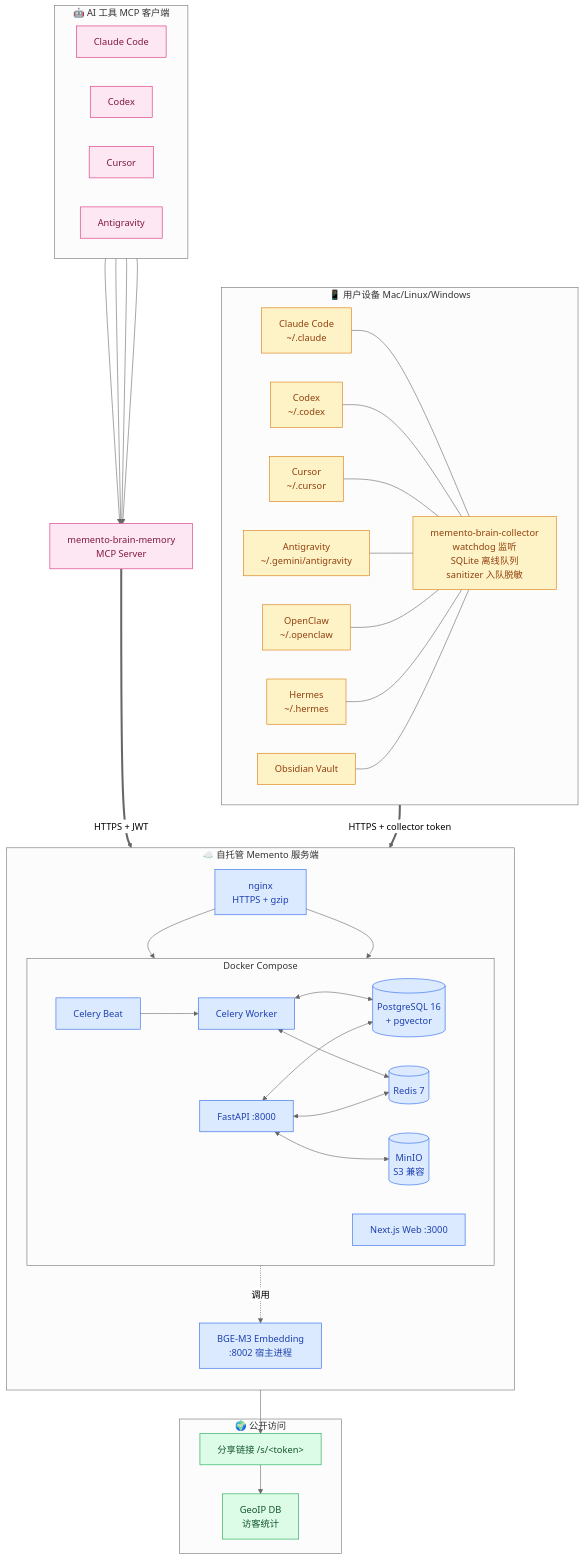
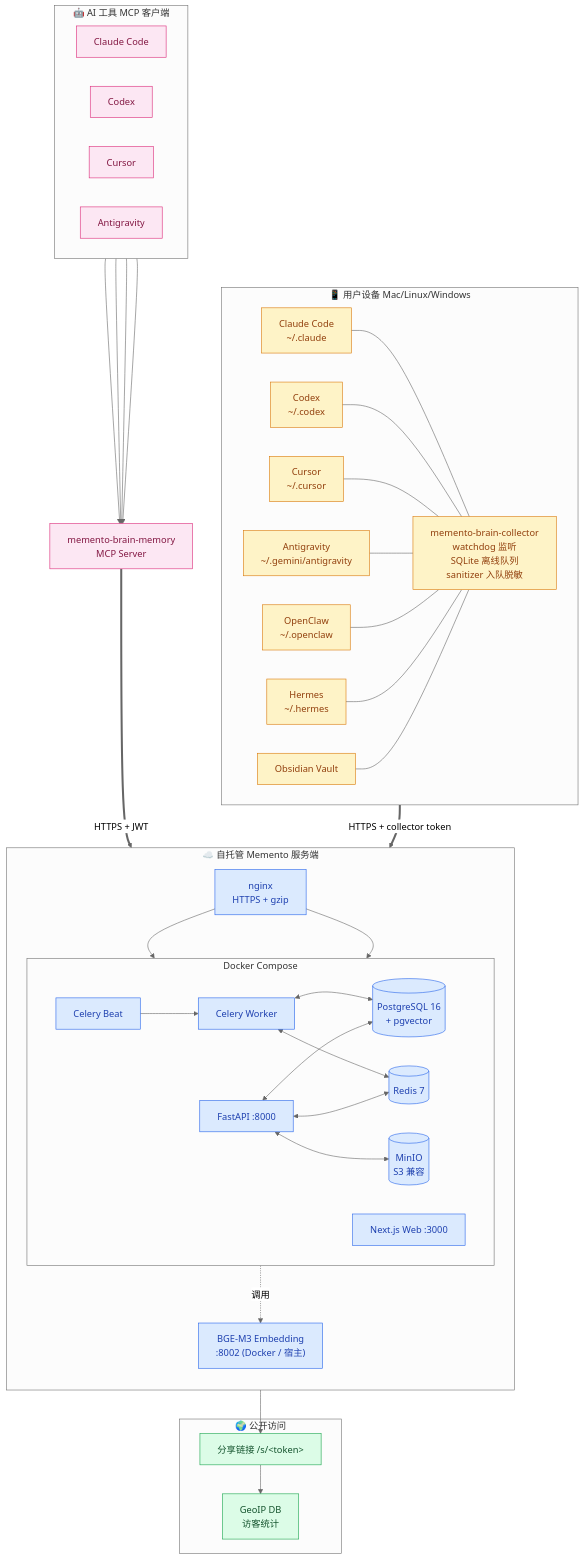
Before and after one commit to crashbandicode/memento: the first of 2 diagrams in README.md, drawn with Mermaid (neutral theme). The commit also changed other lines of this file and 6 other files, not shown here.

First line of the commit message:
feat(embedding): Docker 默认安装,告别宿主 venv 一连串失败点

````diff
--- a/README.md
+++ b/README.md
@@ -39,82 +39,82 @@
 ```mermaid
 graph TB
     subgraph DEV["📱 用户设备 Mac/Linux/Windows"]
         direction LR
         CC["Claude Code<br/>~/.claude"]
         CDX["Codex<br/>~/.codex"]
         CUR["Cursor<br/>~/.cursor"]
         AG["Antigravity<br/>~/.gemini/antigravity"]
         OC["OpenClaw<br/>~/.openclaw"]
         HM["Hermes<br/>~/.hermes"]
         OBS["Obsidian Vault"]
         COL["memento-brain-collector<br/>watchdog 监听<br/>SQLite 离线队列<br/>sanitizer 入队脱敏"]
         CC --- COL
         CDX --- COL
         CUR --- COL
         AG --- COL
         OC --- COL
         HM --- COL
         OBS --- COL
     end
 
     subgraph SRV["☁️ 自托管 Memento 服务端"]
         direction TB
         NGX["nginx<br/>HTTPS + gzip"]
 
         subgraph DK["Docker Compose"]
             direction LR
             API["FastAPI :8000"]
             WEB["Next.js Web :3000"]
             CW["Celery Worker"]
             CB["Celery Beat"]
             PG[("PostgreSQL 16<br/>+ pgvector")]
             RD[("Redis 7")]
             S3[("MinIO<br/>S3 兼容")]
         end
 
-        EMB["BGE-M3 Embedding<br/>:8002 宿主进程"]
+        EMB["BGE-M3 Embedding<br/>:8002 (Docker / 宿主)"]
 
         NGX --> API
         NGX --> WEB
         API <--> PG
         API <--> RD
         API <--> S3
         API -.调用.-> EMB
         CW <--> PG
         CW <--> RD
         CB --> CW
     end
 
     subgraph CLT["🤖 AI 工具 MCP 客户端"]
         direction LR
         MCC["Claude Code"]
         MCDX["Codex"]
         MCUR["Cursor"]
         MAG["Antigravity"]
     end
 
     MCP["memento-brain-memory<br/>MCP Server"]
     MCC --> MCP
     MCDX --> MCP
     MCUR --> MCP
     MAG --> MCP
 
     COL ==>|"HTTPS + collector token"| NGX
     MCP ==>|"HTTPS + JWT"| NGX
 
     subgraph PUB["🌍 公开访问"]
         SHARE["分享链接 /s/&lt;token&gt;"]
         GEO["GeoIP DB<br/>访客统计"]
     end
     NGX --> SHARE
     SHARE --> GEO
 
     classDef device fill:#fef3c7,stroke:#d97706,color:#92400e
     classDef server fill:#dbeafe,stroke:#2563eb,color:#1e40af
     classDef client fill:#fce7f3,stroke:#db2777,color:#831843
     classDef public fill:#dcfce7,stroke:#16a34a,color:#14532d
     class CC,CDX,CUR,AG,OC,HM,OBS,COL device
     class API,WEB,CW,CB,PG,RD,S3,EMB,NGX server
     class MCC,MCDX,MCUR,MAG,MCP client
     class SHARE,GEO public
 ```
````
